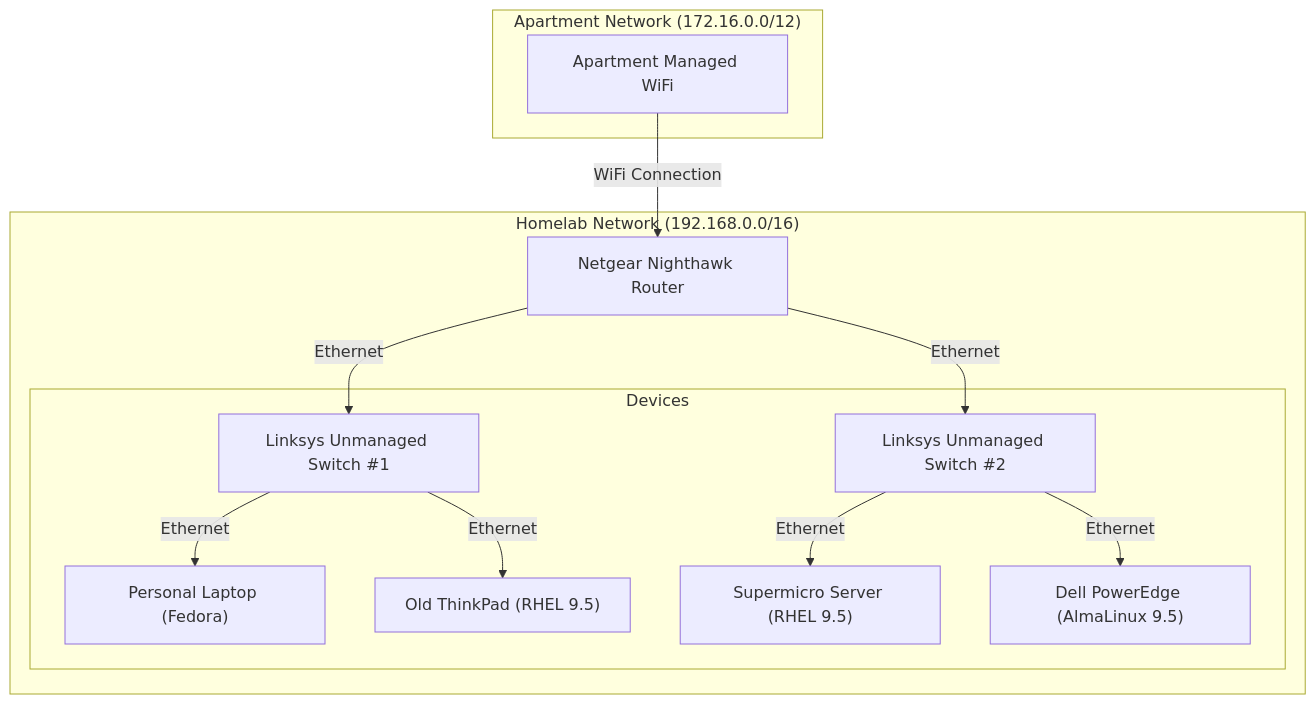
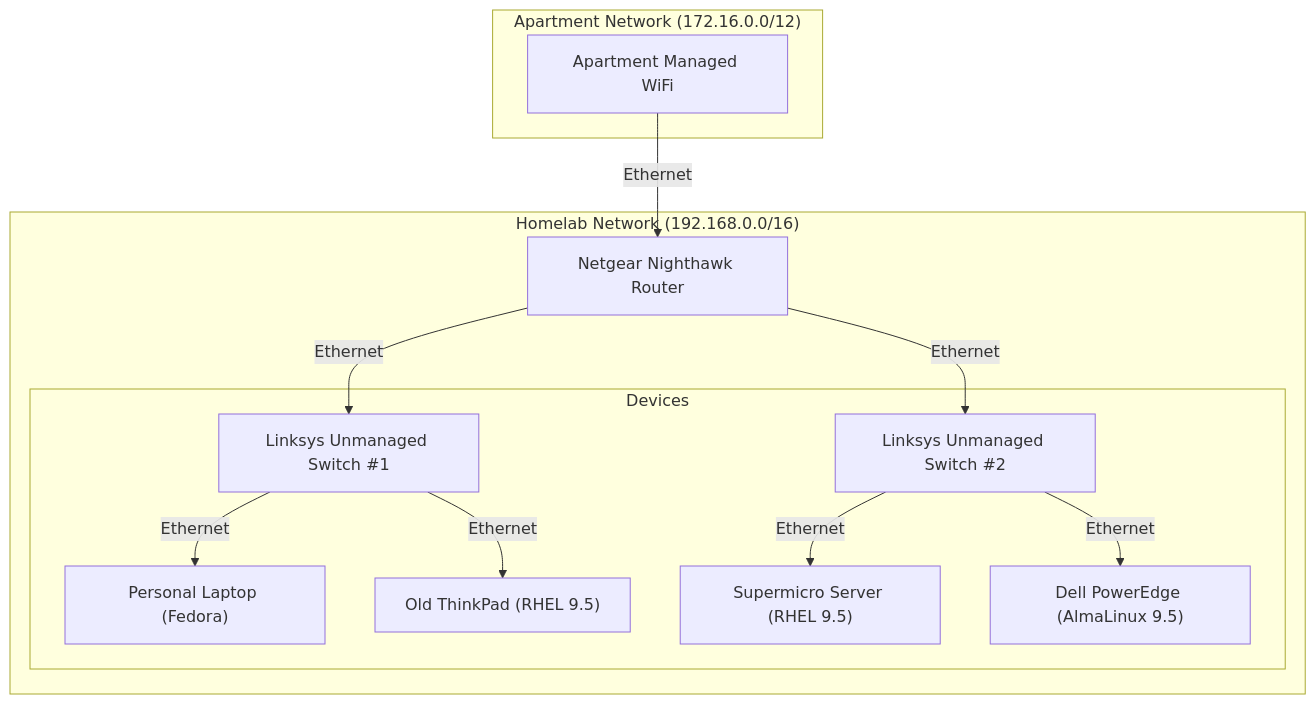
One commit to josephaw1022/HomelabSetup changed the first of 2 diagrams in README.md. Above: the diagram before and after it, drawn with Mermaid.

Commit message:
change arrow label

````diff
--- a/README.md
+++ b/README.md
@@ -4,31 +4,31 @@
 ```mermaid
 graph TD;
   
   subgraph "Apartment Network (172.16.0.0/12)"
     ApartmentWiFi["Apartment Managed WiFi"]
   end
 
   subgraph "Homelab Network (192.168.0.0/16)"
     
     Router["Netgear Nighthawk Router"]
-    ApartmentWiFi -->|WiFi Connection| Router
+    ApartmentWiFi -->|Ethernet| Router
     
     Switch1["Linksys Unmanaged Switch #1"]
     Switch2["Linksys Unmanaged Switch #2"]
     Router -- Ethernet --> Switch1
     Router -- Ethernet --> Switch2
 
     subgraph "Devices"
       Laptop["Personal Laptop (Fedora)"]
       OldThinkPad["Old ThinkPad (RHEL 9.5)"]
       Supermicro["Supermicro Server (RHEL 9.5)"]
       DellServer["Dell PowerEdge (AlmaLinux 9.5)"]
 
       Switch1 -- Ethernet --> Laptop
       Switch1 -- Ethernet --> OldThinkPad
       Switch2 -- Ethernet --> Supermicro
       Switch2 -- Ethernet --> DellServer
     end
   end
 
 ```
````
